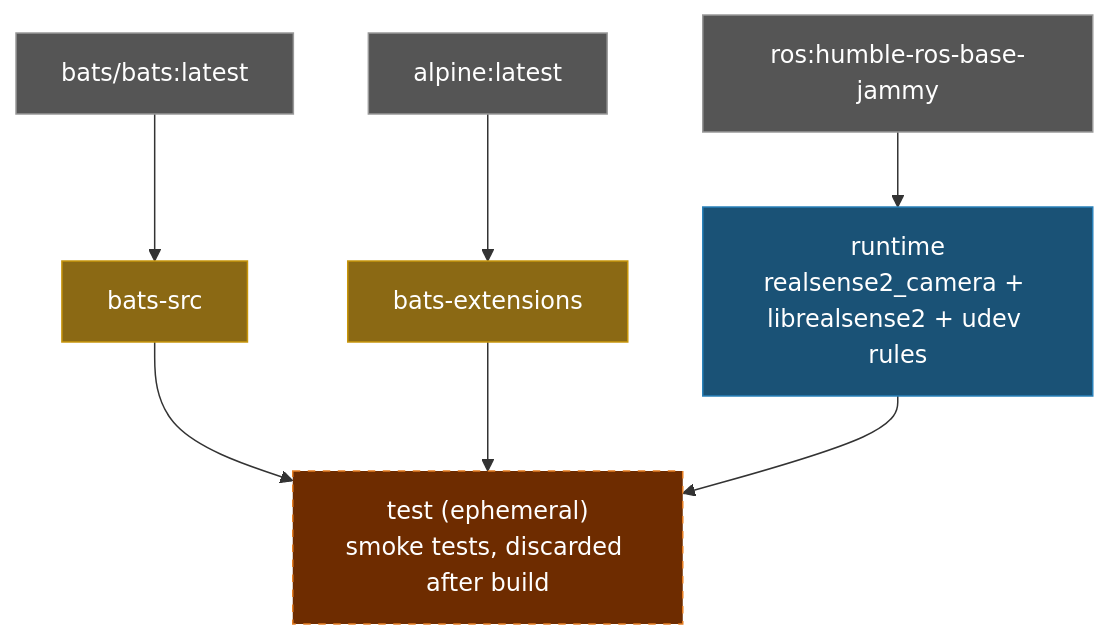
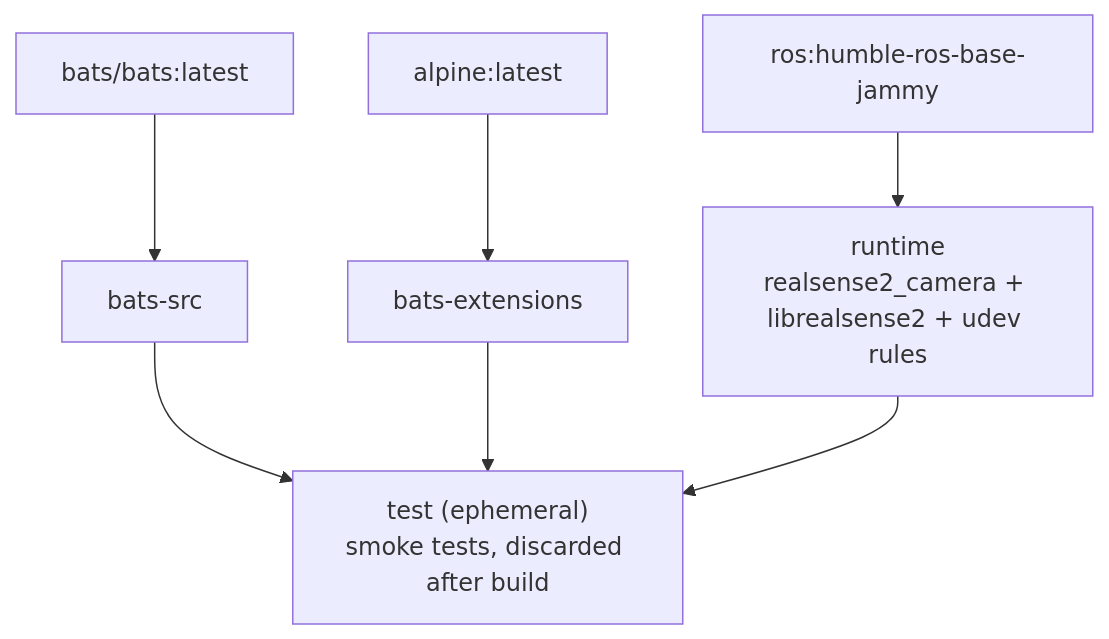
One commit to ycpss91255-docker/realsense_humble changed the diagram in README.md. Above: the diagram before and after it, drawn with Mermaid. The commit also changed 3 other files, not shown here.

Commit message:
docs: remove mermaid background colors from architecture diagrams (#15)

````diff
--- a/README.md
+++ b/README.md
@@ -88,20 +88,16 @@
 ```mermaid
 graph TD
-    EXT1["bats/bats:latest"]:::external
-    EXT2["alpine:latest"]:::external
-    EXT3["ros:humble-ros-base-jammy"]:::external
+    EXT1["bats/bats:latest"]
+    EXT2["alpine:latest"]
+    EXT3["ros:humble-ros-base-jammy"]
 
-    EXT1 --> bats-src["bats-src"]:::tool
-    EXT2 --> bats-ext["bats-extensions"]:::tool
+    EXT1 --> bats-src["bats-src"]
+    EXT2 --> bats-ext["bats-extensions"]
 
-    EXT3 --> runtime["runtime\nrealsense2_camera + librealsense2 + udev rules"]:::stage
+    EXT3 --> runtime["runtime\nrealsense2_camera + librealsense2 + udev rules"]
 
-    bats-src --> test["test (ephemeral)\nsmoke tests, discarded after build"]:::ephemeral
+    bats-src --> test["test (ephemeral)\nsmoke tests, discarded after build"]
     bats-ext --> test
     runtime --> test
 
-    classDef external fill:#555,color:#fff,stroke:#999
-    classDef tool fill:#8B6914,color:#fff,stroke:#c8960c
-    classDef stage fill:#1a5276,color:#fff,stroke:#2980b9
-    classDef ephemeral fill:#6e2c00,color:#fff,stroke:#e67e22,stroke-dasharray:5 5
 ```
````
